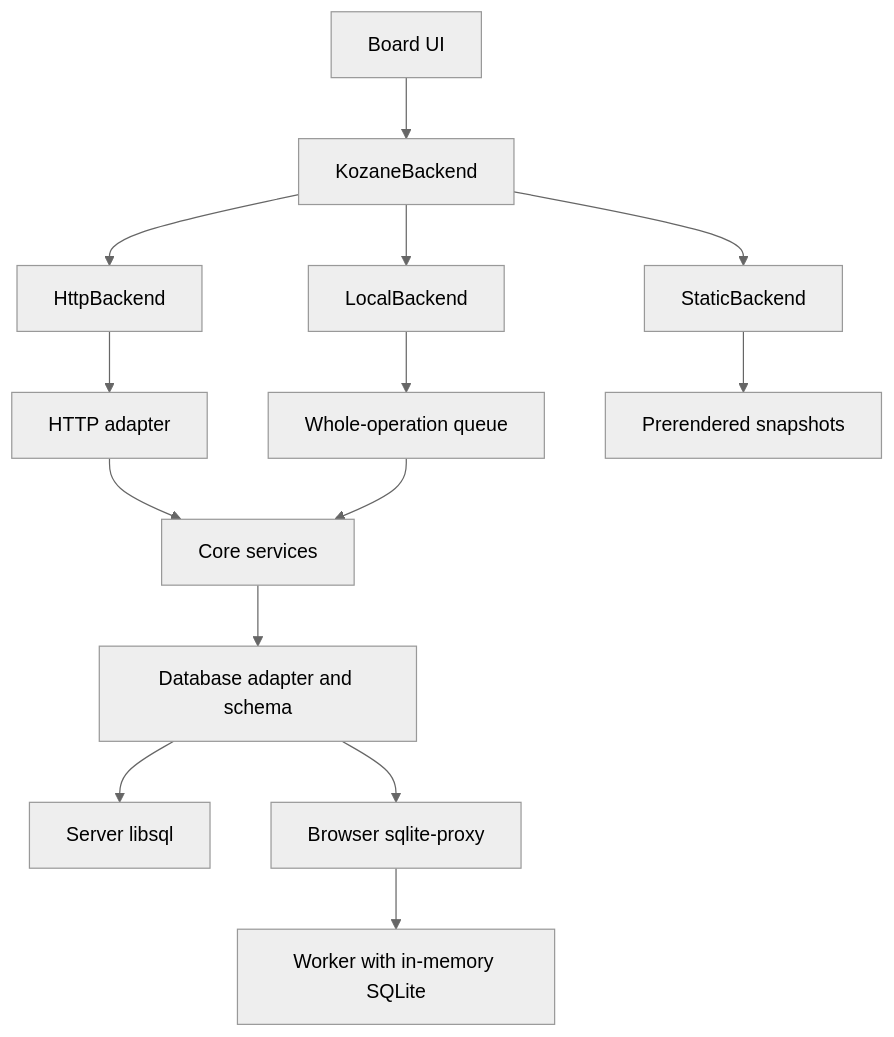
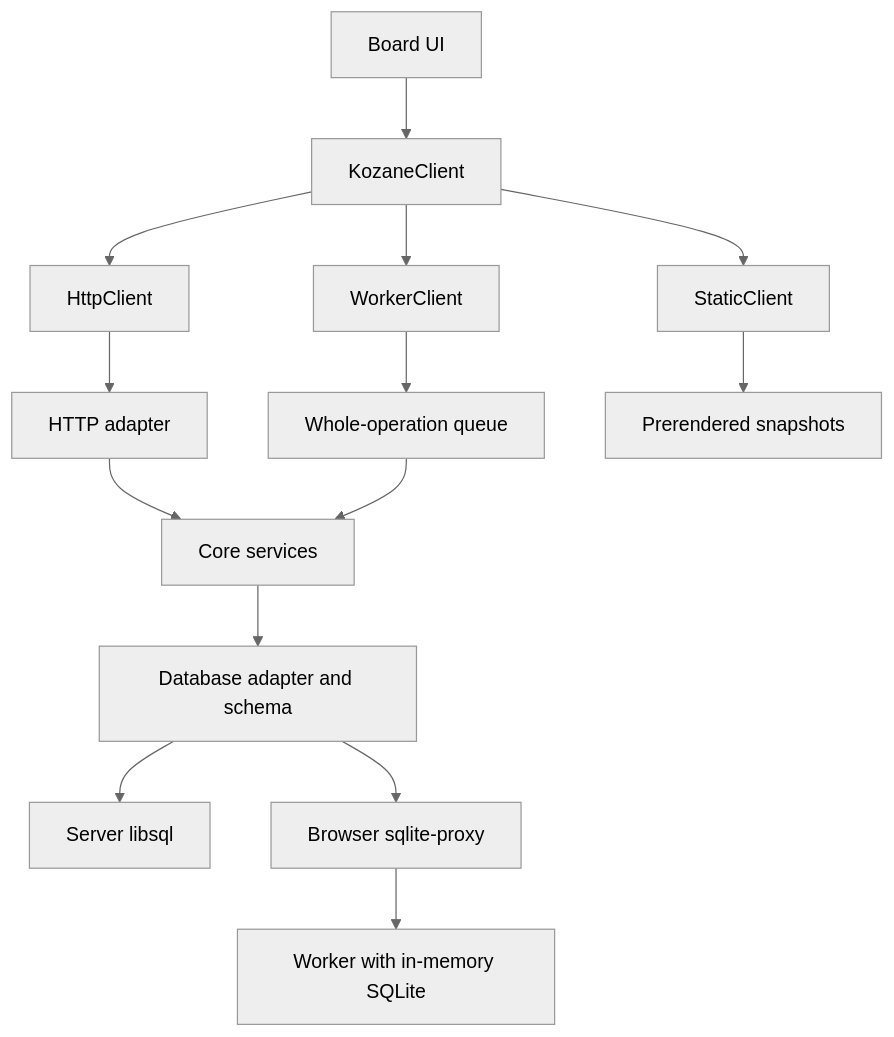
Before and after one commit to kozmof/kozane: the diagram in docs/web-demo-specification.md, drawn with Mermaid (neutral theme). The commit also changed other lines of this file and 113 other files, not shown here.

Commit message:
refactor: rename backend API to client and document future worker packages

````diff
--- a/docs/web-demo-specification.md
+++ b/docs/web-demo-specification.md
@@ -44,16 +44,16 @@
 ```mermaid
 flowchart TD
-  UI[Board UI] --> Contract[KozaneBackend]
-  Contract --> HTTP[HttpBackend]
-  Contract --> Local[LocalBackend]
-  Contract --> Static[StaticBackend]
+  UI[Board UI] --> Contract[KozaneClient]
+  Contract --> HTTP[HttpClient]
+  Contract --> Local[WorkerClient]
+  Contract --> Static[StaticClient]
   HTTP --> Routes[HTTP adapter]
   Routes --> Services[Core services]
   Local --> Queue[Whole-operation queue]
   Queue --> Services
   Services --> DB[Database adapter and schema]
   DB --> LibSQL[Server libsql]
   DB --> Proxy[Browser sqlite-proxy]
   Proxy --> Worker[Worker with in-memory SQLite]
   Static --> Snapshots[Prerendered snapshots]
 ```
````
